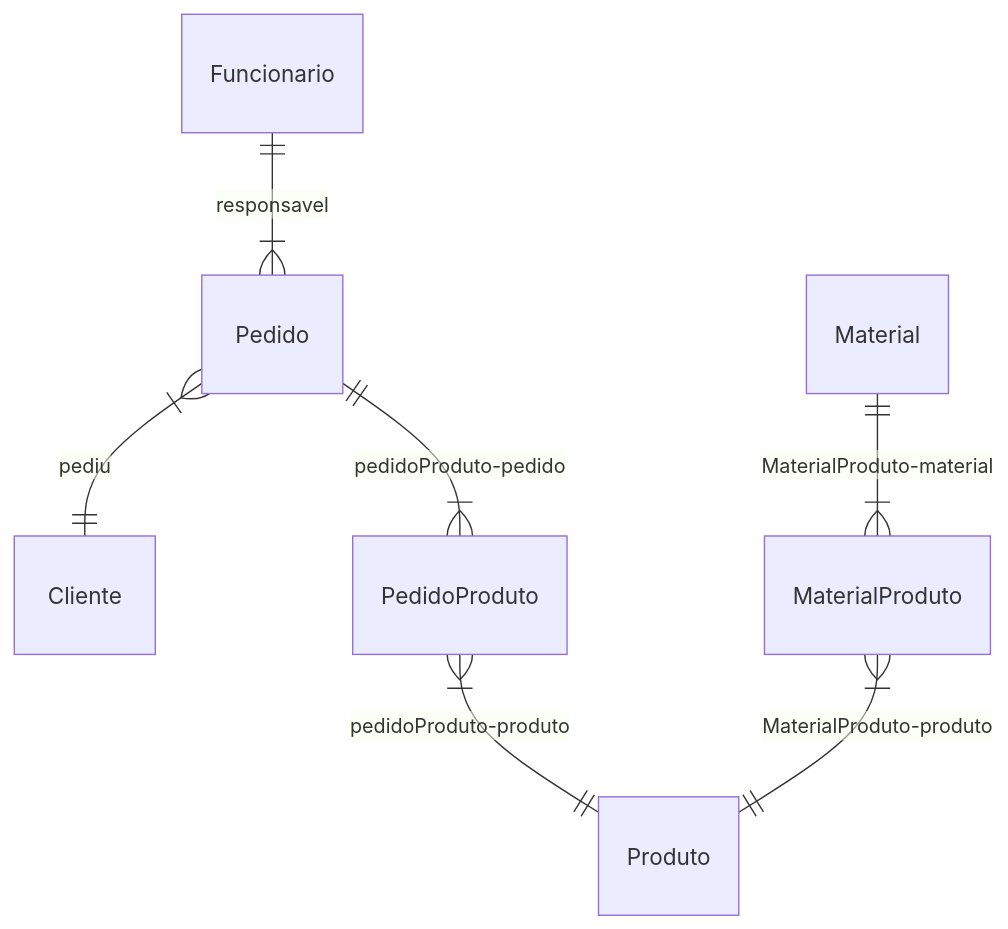
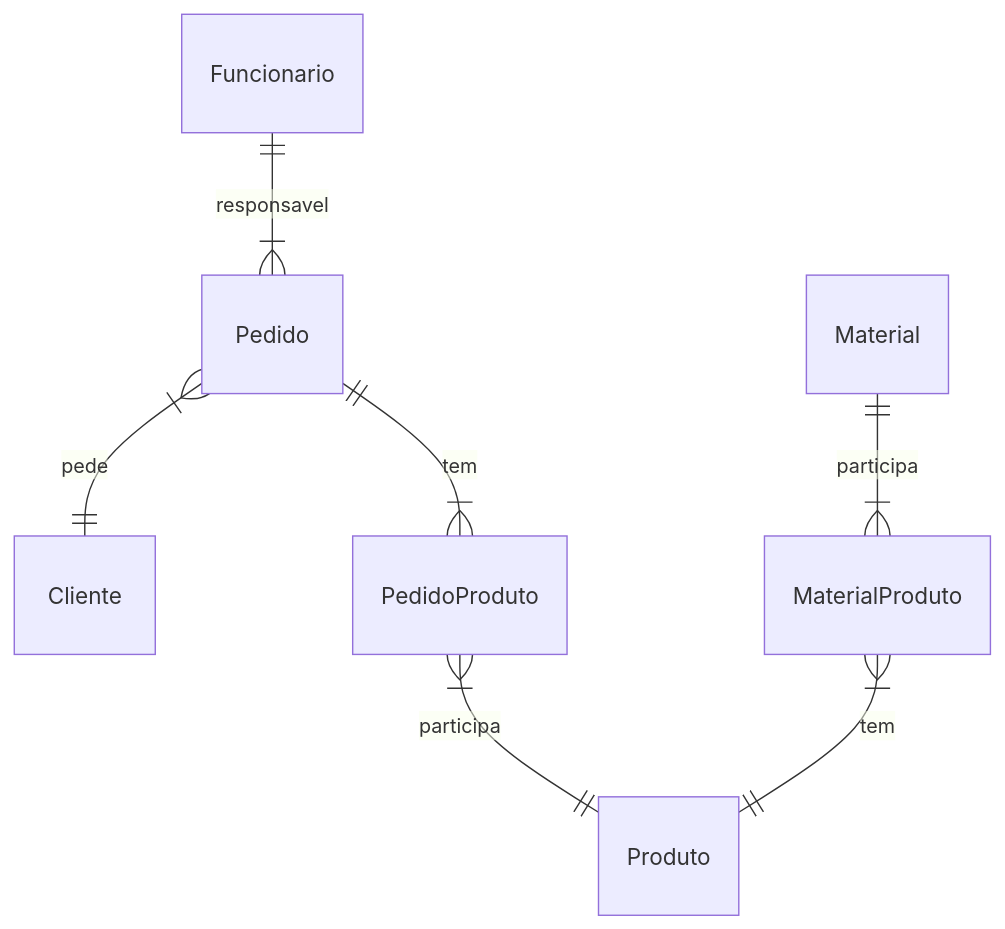
One commit to GomesLuan/SigBordado changed the diagram in doc-modelo.md. Above: the diagram before and after it, drawn with Mermaid.

Commit message:
docs: correção no modelo dados 2 #17

````diff
--- a/doc-modelo.md
+++ b/doc-modelo.md
@@ -3,10 +3,10 @@
 ```mermaid
 erDiagram
    Funcionario || --|{ Pedido: responsavel
-   Pedido }| -- || Cliente: pediu
-   Pedido || -- |{ PedidoProduto: pedidoProduto-pedido
-   PedidoProduto }| -- || Produto: pedidoProduto-produto
-   MaterialProduto }| -- ||Produto: MaterialProduto-produto
-   Material || -- |{ MaterialProduto: MaterialProduto-material
+   Pedido }| -- || Cliente: pede
+   Pedido || -- |{ PedidoProduto: tem
+   PedidoProduto }| -- || Produto: participa
+   MaterialProduto }| -- ||Produto: tem
+   Material || -- |{ MaterialProduto: participa
 
 ```
````
